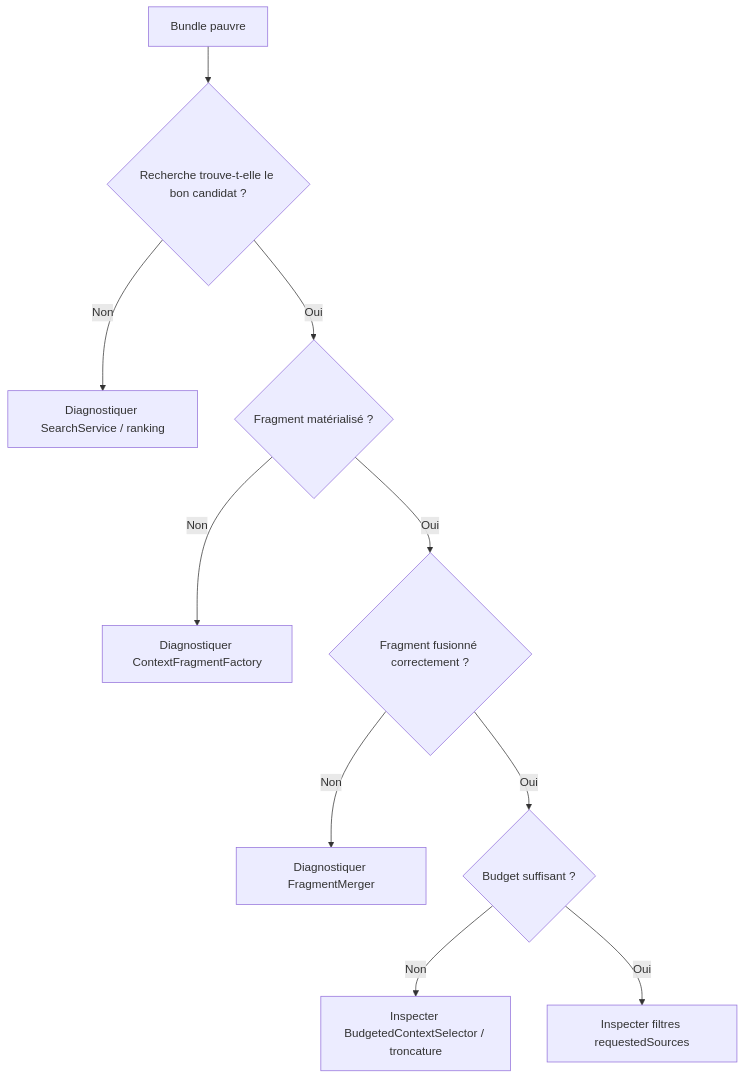
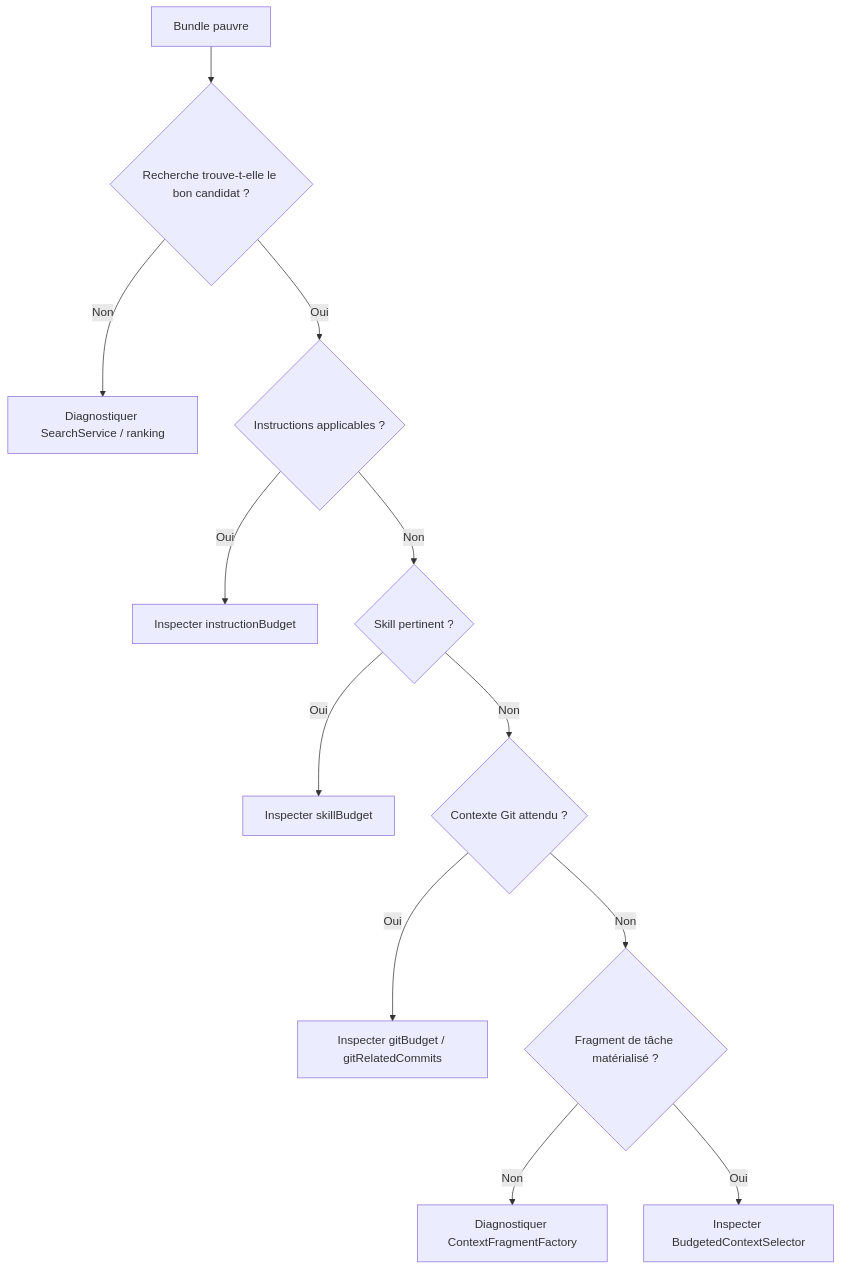
The second of 3 diagrams in docs/developer/reproduce-and-debug.md (FTurleque/nexus-context-engine), drawn with Mermaid before and after one commit. The commit also changed other lines of this file, not shown here.

Commit message:
docs(dev): aligner la reproduction sur le contexte Git et le self-smoke 13 étapes

````diff
--- a/docs/developer/reproduce-and-debug.md
+++ b/docs/developer/reproduce-and-debug.md
@@ -432,12 +466,14 @@
 ```mermaid
 flowchart TD
     A[Bundle pauvre] --> B{Recherche trouve-t-elle le bon candidat ?}
     B -- Non --> C[Diagnostiquer SearchService / ranking]
-    B -- Oui --> D{Fragment matérialisé ?}
-    D -- Non --> E[Diagnostiquer ContextFragmentFactory]
-    D -- Oui --> F{Fragment fusionné correctement ?}
-    F -- Non --> G[Diagnostiquer FragmentMerger]
-    F -- Oui --> H{Budget suffisant ?}
-    H -- Non --> I[Inspecter BudgetedContextSelector / troncature]
-    H -- Oui --> J[Inspecter filtres requestedSources]
+    B -- Oui --> D{Instructions applicables ?}
+    D -- Oui --> E[Inspecter instructionBudget]
+    D -- Non --> F{Skill pertinent ?}
+    F -- Oui --> G[Inspecter skillBudget]
+    F -- Non --> H{Contexte Git attendu ?}
+    H -- Oui --> I[Inspecter gitBudget / gitRelatedCommits]
+    H -- Non --> J{Fragment de tâche matérialisé ?}
+    J -- Non --> K[Diagnostiquer ContextFragmentFactory]
+    J -- Oui --> L[Inspecter BudgetedContextSelector]
 ```
````
